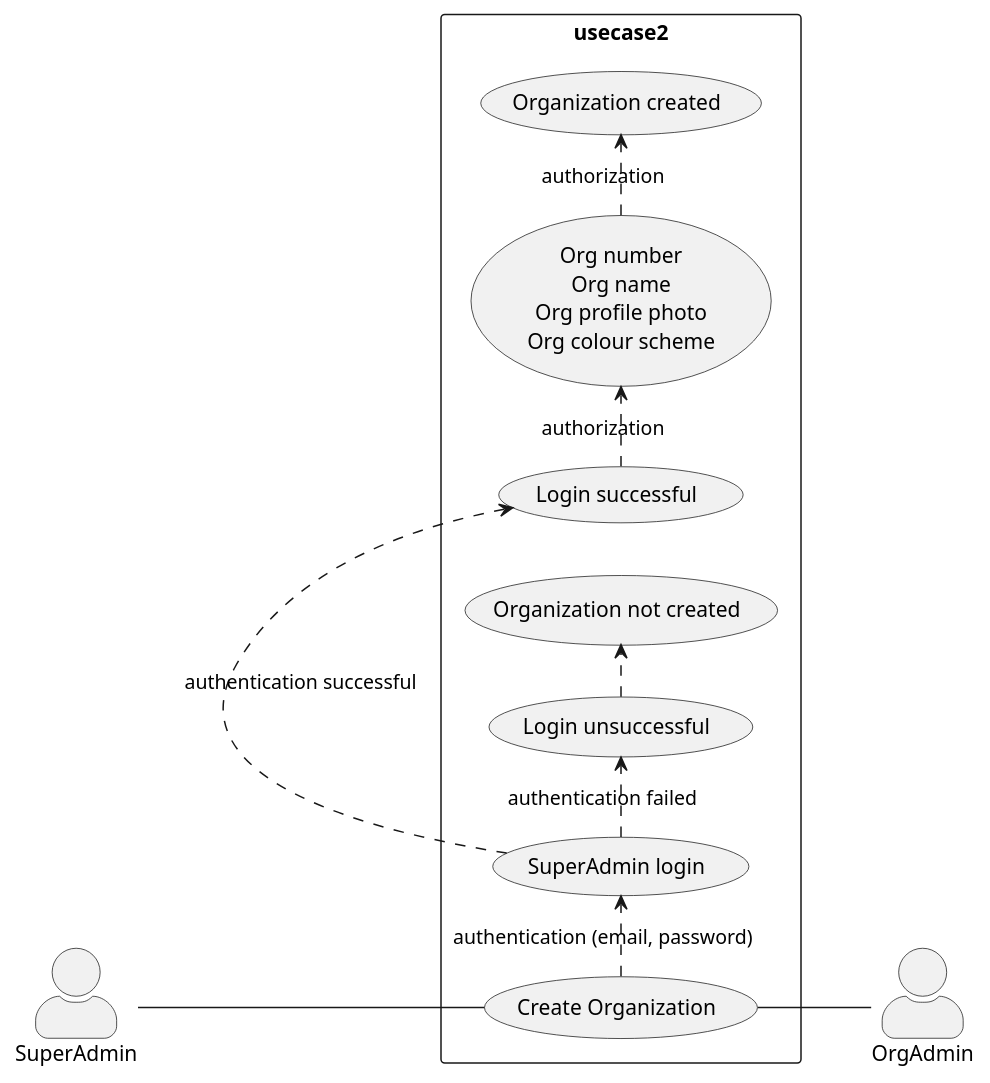
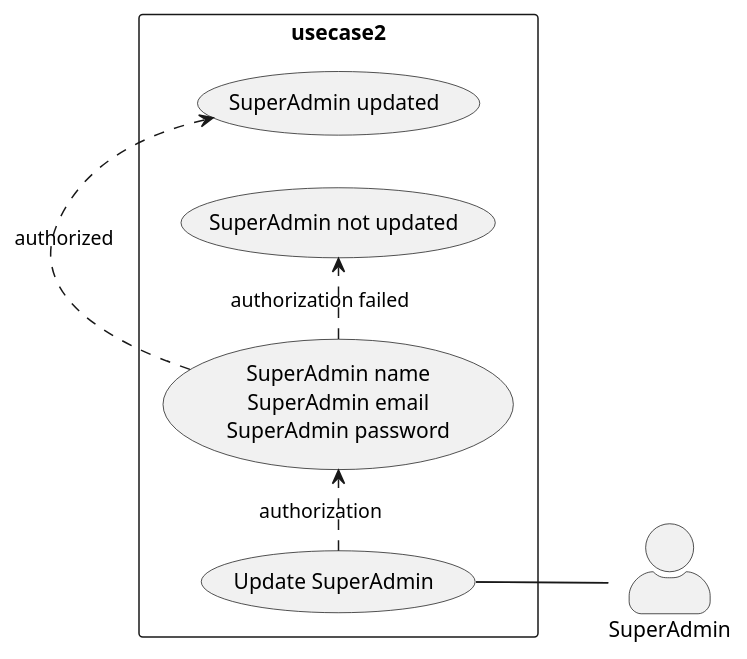
The diagram in 2_super_admin_usecase2.wsd (wawerualbert/CodeHub), drawn with PlantUML before and after one commit. The commit also changed 3 other files, not shown here.

```diff
--- a/2_super_admin_usecase2.wsd
+++ b/2_super_admin_usecase2.wsd
@@ -1,20 +1,16 @@
-@startuml SuperAdmin Create Organization
+@startuml Update SuperAdmin
 
 skinparam actorStyle awesome
 left to right direction
 skinparam packageStyle rectangle
 
 actor SuperAdmin
-actor OrgAdmin
 rectangle usecase2 {
-  SuperAdmin-- (Create Organization)
-  (Create Organization) .> (SuperAdmin login) : authentication (email, password)
-  (SuperAdmin login) .> (Login successful) : authentication successful
-  (Login successful) .> (Org number\nOrg name\nOrg profile photo\nOrg colour scheme) : authorization
-  (Org number\nOrg name\nOrg profile photo\nOrg colour scheme) .> (Organization created) : authorization 
-  (SuperAdmin login) .> (Login unsuccessful) : authentication failed
-  (Login unsuccessful) .> (Organization not created)  
-  (Create Organization)-- OrgAdmin
+  SuperAdmin -- (Update SuperAdmin)
+  (Update SuperAdmin) .> (SuperAdmin name\nSuperAdmin email\nSuperAdmin password) : authorization
+  (SuperAdmin name\nSuperAdmin email\nSuperAdmin password) .> (SuperAdmin updated) : authorized
+  (SuperAdmin name\nSuperAdmin email\nSuperAdmin password) .> (SuperAdmin not updated) : authorization failed
+  (Update SuperAdmin)-- SuperAdmin
 }
 
 @enduml
```
